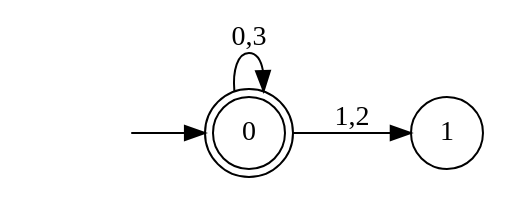
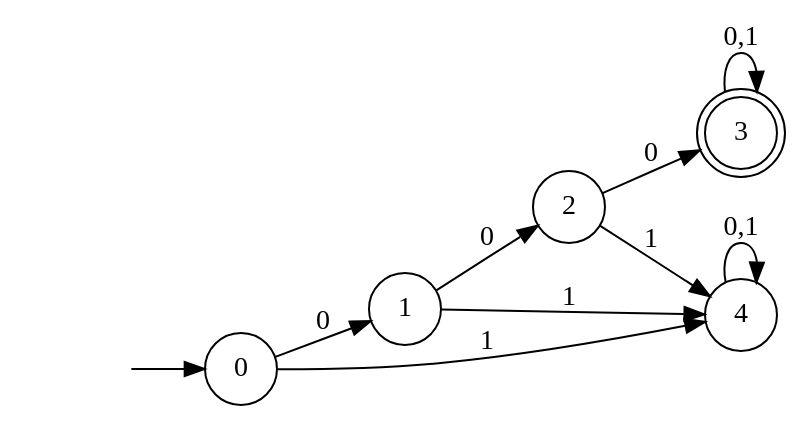
One commit to Umato/computer_practices changed the diagram in NFA/NFA2.gv. Above: the diagram before and after it, drawn with Graphviz. The commit also changed 11 other files, not shown here.

```diff
--- a/NFA/NFA2.gv
+++ b/NFA/NFA2.gv
@@ -1,9 +1,15 @@
 digraph finite_state_machine{
 	rankdir=LR;
-	node [shape = doublecircle]; 0;
+	node [shape = doublecircle]; 3;
 	node [shape = circle];
 	init [shape=none, label=""];
 	init -> 0;
-	0 -> 0 [label = "0,3"];
-	0 -> 1 [label = "1,2"];
+	0 -> 1 [label = "0"];
+	0 -> 4 [label = "1"];
+	1 -> 2 [label = "0"];
+	1 -> 4 [label = "1"];
+	2 -> 3 [label = "0"];
+	2 -> 4 [label = "1"];
+	3 -> 3 [label = "0,1"];
+	4 -> 4 [label = "0,1"];
 }
```
